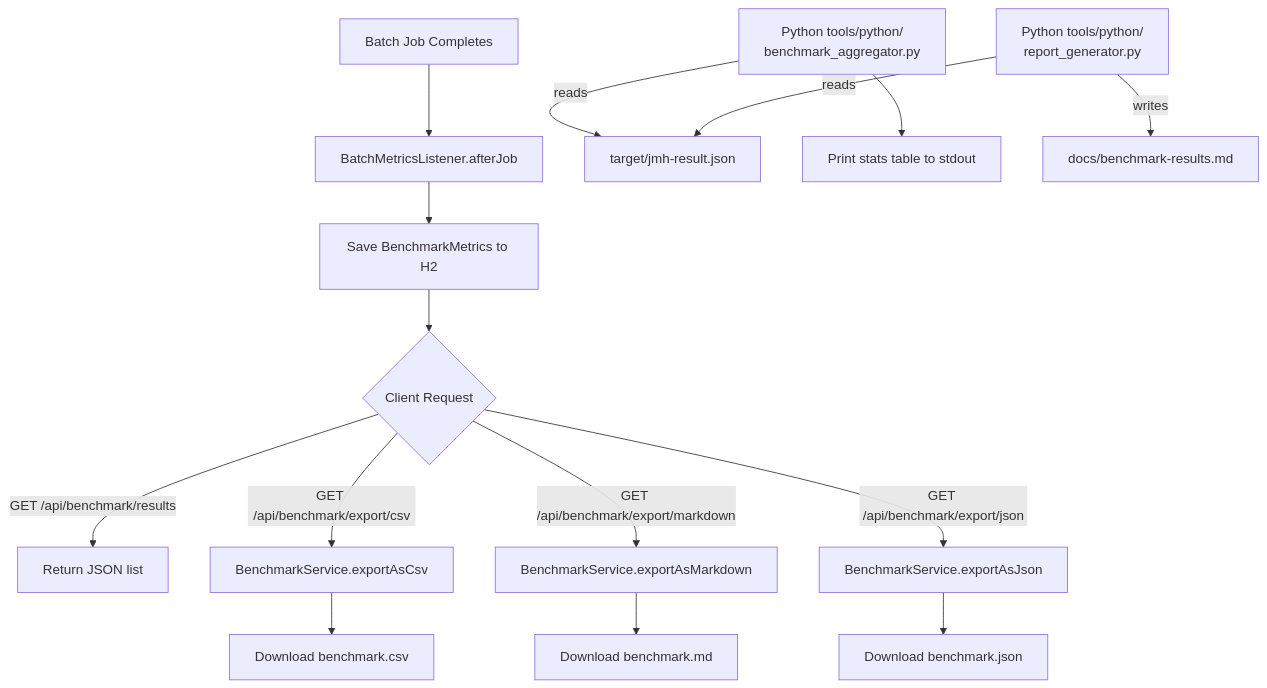
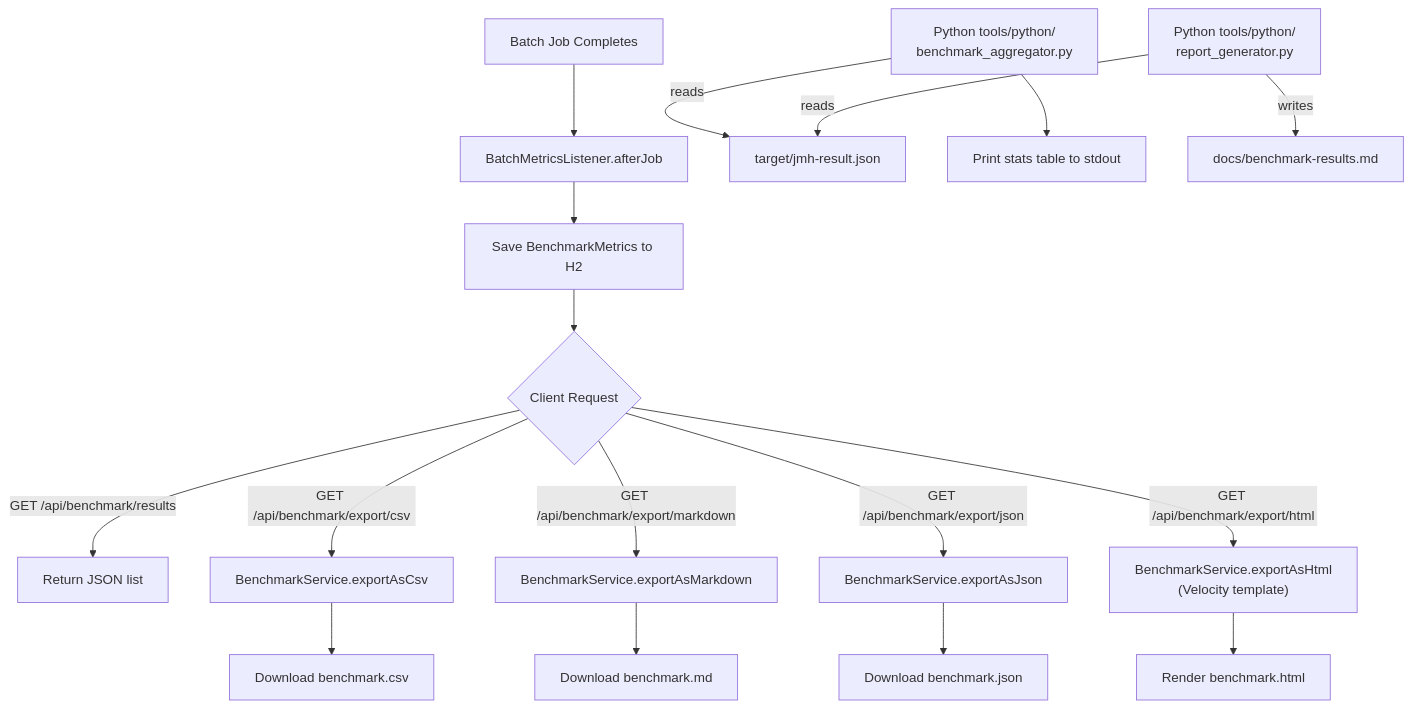
Before and after one commit to wallaceespindola/fixed-length-converters: the diagram in docs/diagrams/benchmark-flow.mmd, drawn with Mermaid. The commit also changed 4 other files, not shown here.

First line of the commit message:
docs(diagrams): refresh batch-sequence, benchmark-flow, strategy-class diagrams

```diff
--- a/docs/diagrams/benchmark-flow.mmd
+++ b/docs/diagrams/benchmark-flow.mmd
@@ -1,15 +1,17 @@
 flowchart TD
     A[Batch Job Completes] --> B[BatchMetricsListener.afterJob]
     B --> C[Save BenchmarkMetrics to H2]
     C --> D{Client Request}
     D -->|GET /api/benchmark/results| E[Return JSON list]
     D -->|GET /api/benchmark/export/csv| F[BenchmarkService.exportAsCsv]
     D -->|GET /api/benchmark/export/markdown| G[BenchmarkService.exportAsMarkdown]
     D -->|GET /api/benchmark/export/json| H[BenchmarkService.exportAsJson]
+    D -->|GET /api/benchmark/export/html| Q["BenchmarkService.exportAsHtml<br/>(Velocity template)"]
     F --> I[Download benchmark.csv]
     G --> J[Download benchmark.md]
     H --> K[Download benchmark.json]
+    Q --> R[Render benchmark.html]
     L["Python tools/python/\nbenchmark_aggregator.py"] -->|reads| M[target/jmh-result.json]
     L --> N[Print stats table to stdout]
     O["Python tools/python/\nreport_generator.py"] -->|reads| M
     O -->|writes| P[docs/benchmark-results.md]
```
